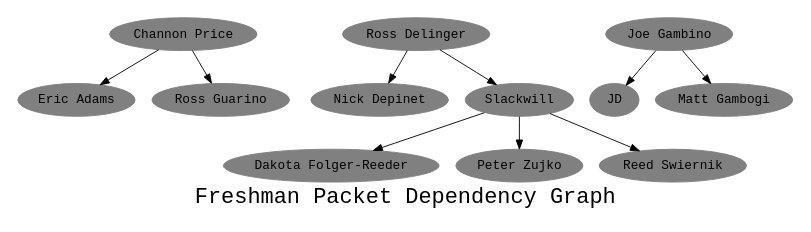
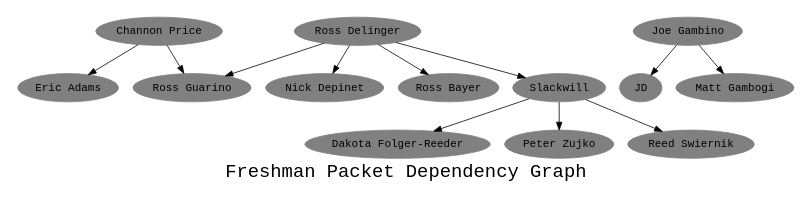
Before and after one commit to robgssp/CSHDigraph: the diagram in dep.gv, drawn with Graphviz.

Commit message:
Third dep, ross bayer

```diff
--- a/dep.gv
+++ b/dep.gv
@@ -1,33 +1,36 @@
 digraph "Packet Dependencies" {
 	graph [ fontname = "Monospace",
 	      	fontsize = 24,
 		label = "Freshman Packet Dependency Graph",
 		size = "6,6" ];
 	node [	shape = oval,
 	     	color = grey,
 		style = filled,
 		fontname = "Monospace" ];
 
 	"Channon Price";
 	"Dakota Folger-Reeder";
 	"Eric Adams";
 	"JD";
 	"Joe Gambino";
 	"Nick Depinet";
 	"Matt Gambogi";
 	"Peter Zujko";
 	"Reed Swiernik";
+	"Ross Bayer";
 	"Ross Delinger";
 	"Ross Guarino";
 	"Slackwill";
 
 	"Channon Price" -> "Eric Adams";
 	"Channon Price" -> "Ross Guarino";
 	"Joe Gambino" -> "JD";
 	"Joe Gambino" -> "Matt Gambogi";
 	"Ross Delinger" -> "Slackwill";
 	"Ross Delinger" -> "Nick Depinet";
+	"Ross Delinger" -> "Ross Guarino";
+	"Ross Delinger" -> "Ross Bayer";
 	"Slackwill" -> "Reed Swiernik";
 	"Slackwill" -> "Peter Zujko";
 	"Slackwill" -> "Dakota Folger-Reeder";
 }
```
